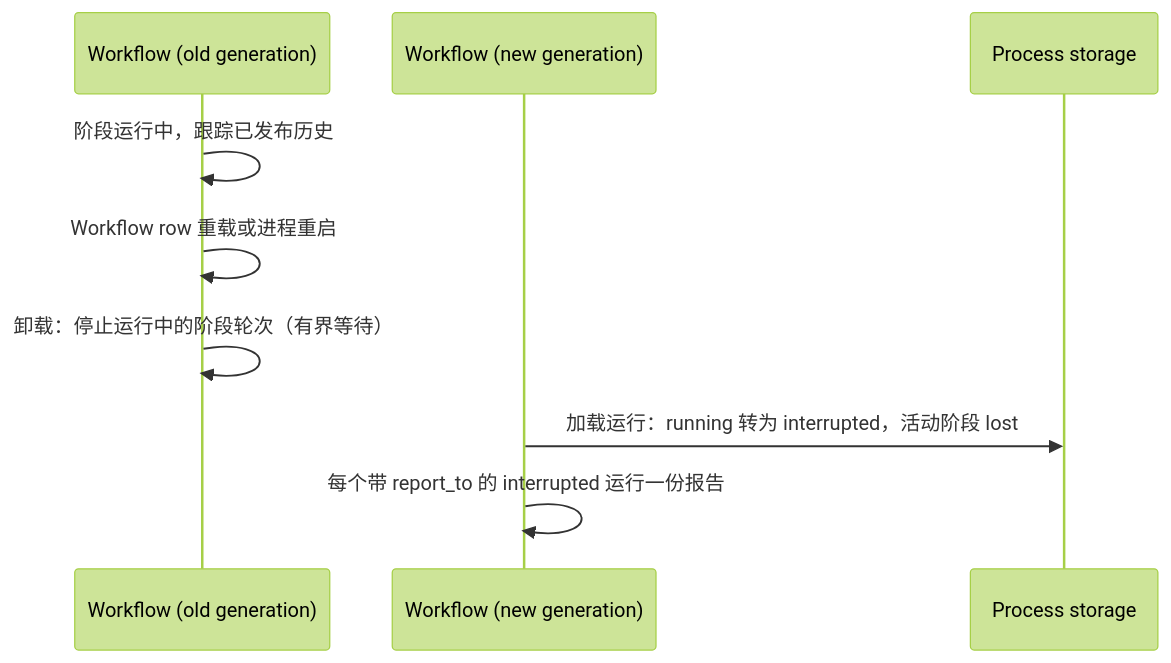
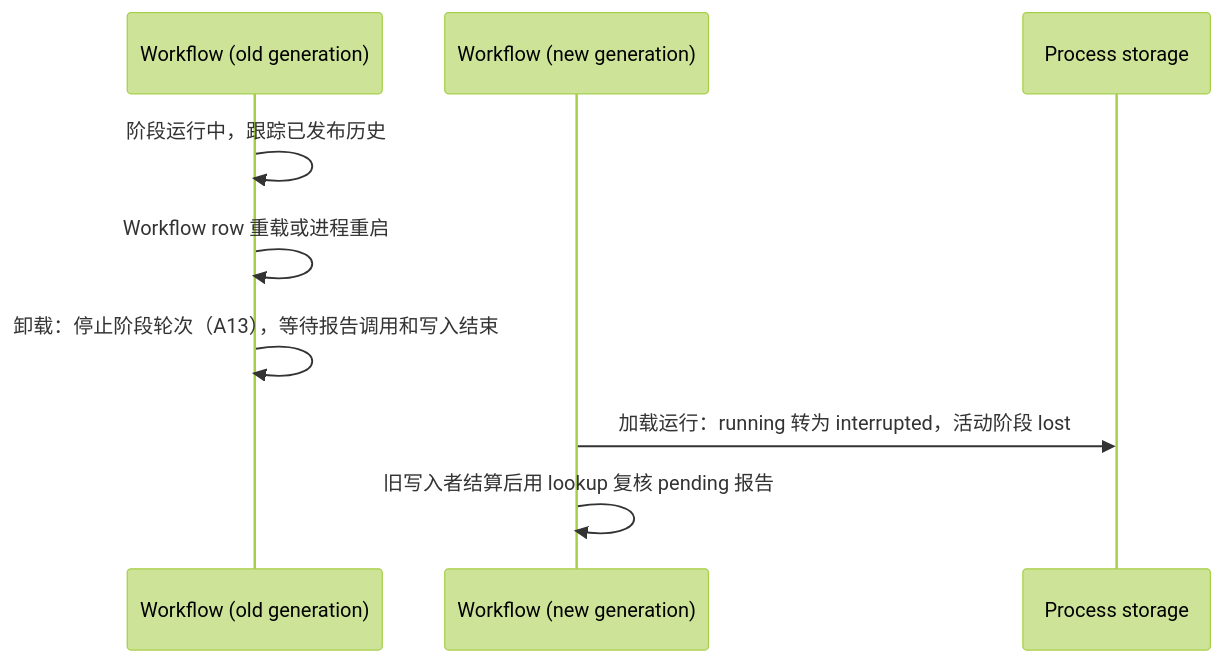
Before and after one commit to CoutinhoTTS/dim-agent: the sixth of 6 diagrams in docs/zh/design/plugins/Workflow.md, drawn with Mermaid (forest theme). The commit also changed other lines of this file and 4 other files, not shown here.

````diff
--- a/docs/zh/design/plugins/Workflow.md
+++ b/docs/zh/design/plugins/Workflow.md
@@ -184,11 +208,11 @@
 ```mermaid
 sequenceDiagram
   participant WF as Workflow (old generation)
   participant WF2 as Workflow (new generation)
   participant ST as Process storage
   WF->>WF: 阶段运行中，跟踪已发布历史
   WF->>WF: Workflow row 重载或进程重启
-  WF->>WF: 卸载：停止运行中的阶段轮次（有界等待）
+  WF->>WF: 卸载：停止阶段轮次（A13），等待报告调用和写入结束
   WF2->>ST: 加载运行：running 转为 interrupted，活动阶段 lost
-  WF2->>WF2: 每个带 report_to 的 interrupted 运行一份报告
+  WF2->>WF2: 旧写入者结算后用 lookup 复核 pending 报告
 ```
````
